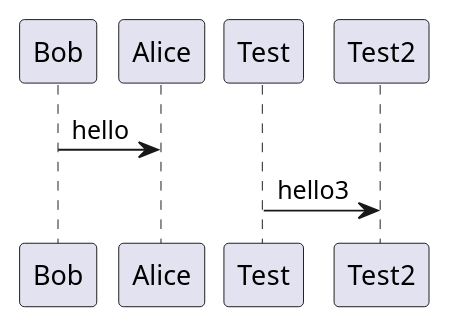
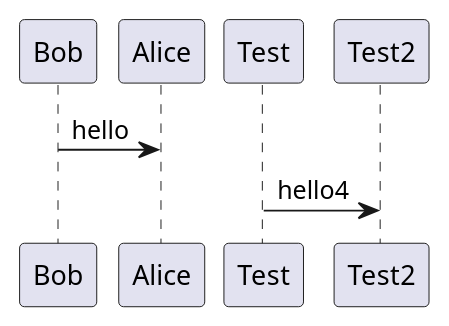
Before and after one commit to falarcond/plantuml: the diagram in diagrams/first.puml, drawn with PlantUML.

```diff
--- a/diagrams/first.puml
+++ b/diagrams/first.puml
@@ -1,4 +1,4 @@
 @startuml
 Bob -> Alice : hello
-Test -> Test2 : hello3
+Test -> Test2 : hello4
 @enduml
```
